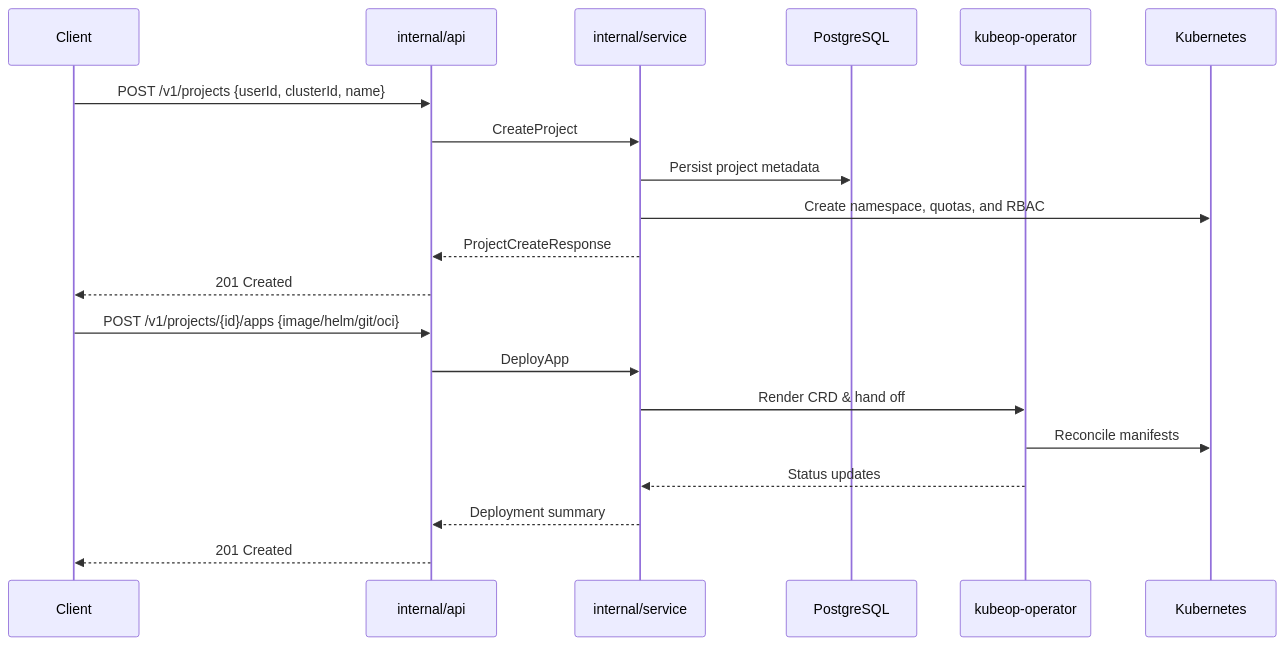
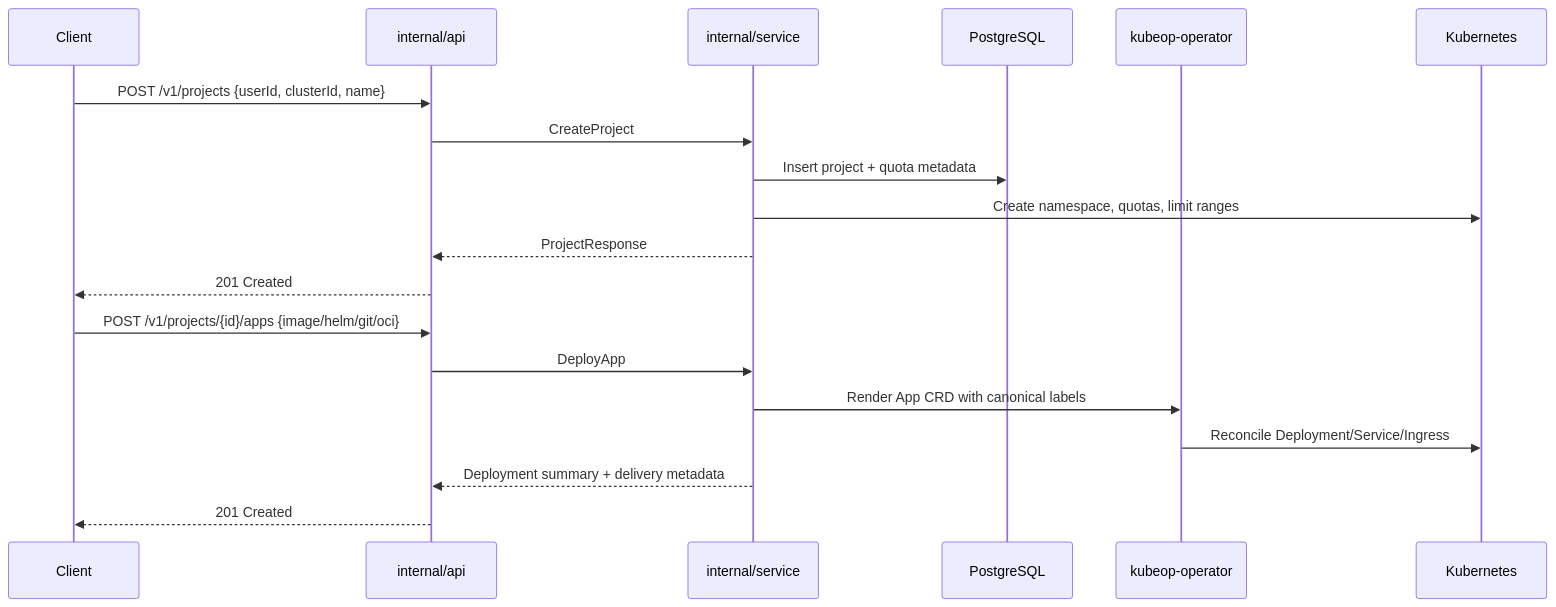
Before and after one commit to vaheed/kubeOP: the second of 2 diagrams in docs/ARCHITECTURE.md, drawn with Mermaid. The commit also changed other lines of this file and 36 other files, not shown here.

````diff
--- a/docs/ARCHITECTURE.md
+++ b/docs/ARCHITECTURE.md
@@ -44,24 +44,23 @@
 ```mermaid
 sequenceDiagram
   participant Client
   participant API as internal/api
   participant Service as internal/service
   participant Store as PostgreSQL
   participant Operator as kubeop-operator
   participant Cluster as Kubernetes
 
   Client->>API: POST /v1/projects {userId, clusterId, name}
   API->>Service: CreateProject
-  Service->>Store: Persist project metadata
-  Service->>Cluster: Create namespace, quotas, and RBAC
-  Service-->>API: ProjectCreateResponse
+  Service->>Store: Insert project + quota metadata
+  Service->>Cluster: Create namespace, quotas, limit ranges
+  Service-->>API: ProjectResponse
   API-->>Client: 201 Created
 
   Client->>API: POST /v1/projects/{id}/apps {image/helm/git/oci}
   API->>Service: DeployApp
-  Service->>Operator: Render CRD & hand off
-  Operator->>Cluster: Reconcile manifests
-  Operator-->>Service: Status updates
-  Service-->>API: Deployment summary
+  Service->>Operator: Render App CRD with canonical labels
+  Operator->>Cluster: Reconcile Deployment/Service/Ingress
+  Service-->>API: Deployment summary + delivery metadata
   API-->>Client: 201 Created
 ```
````
